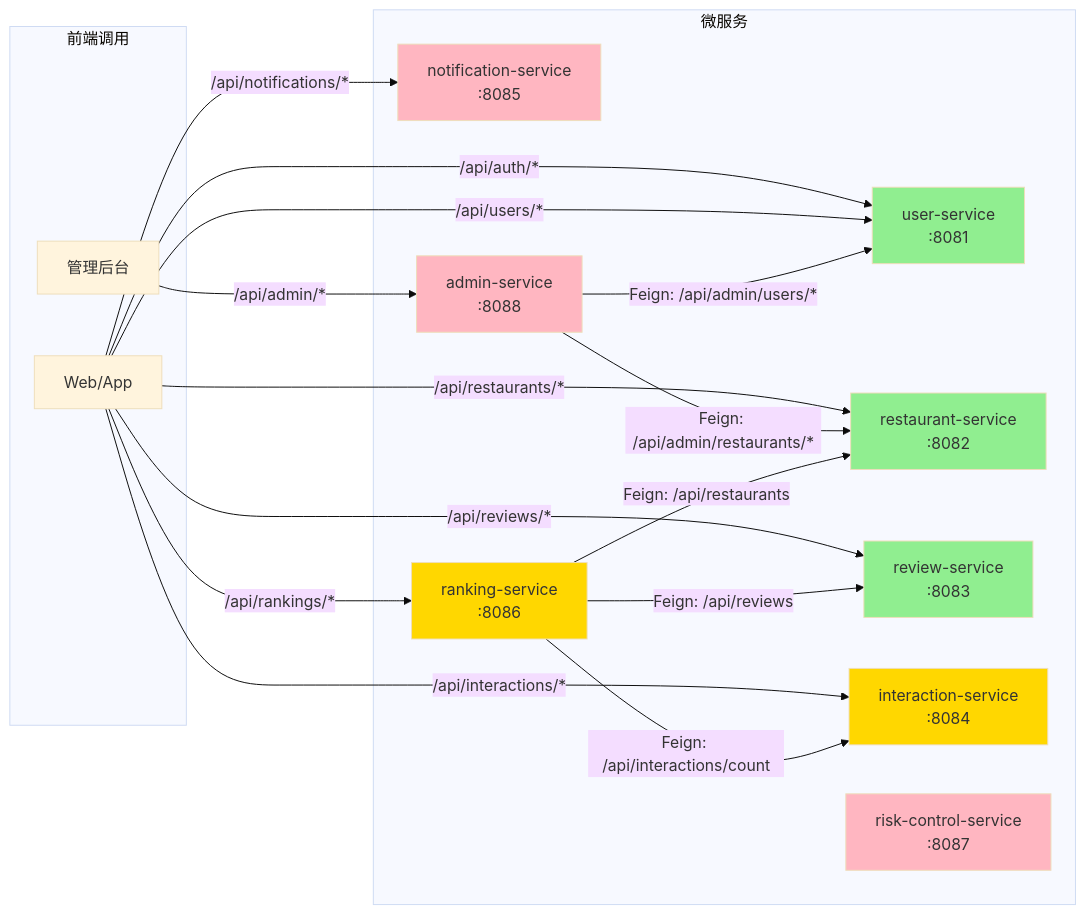
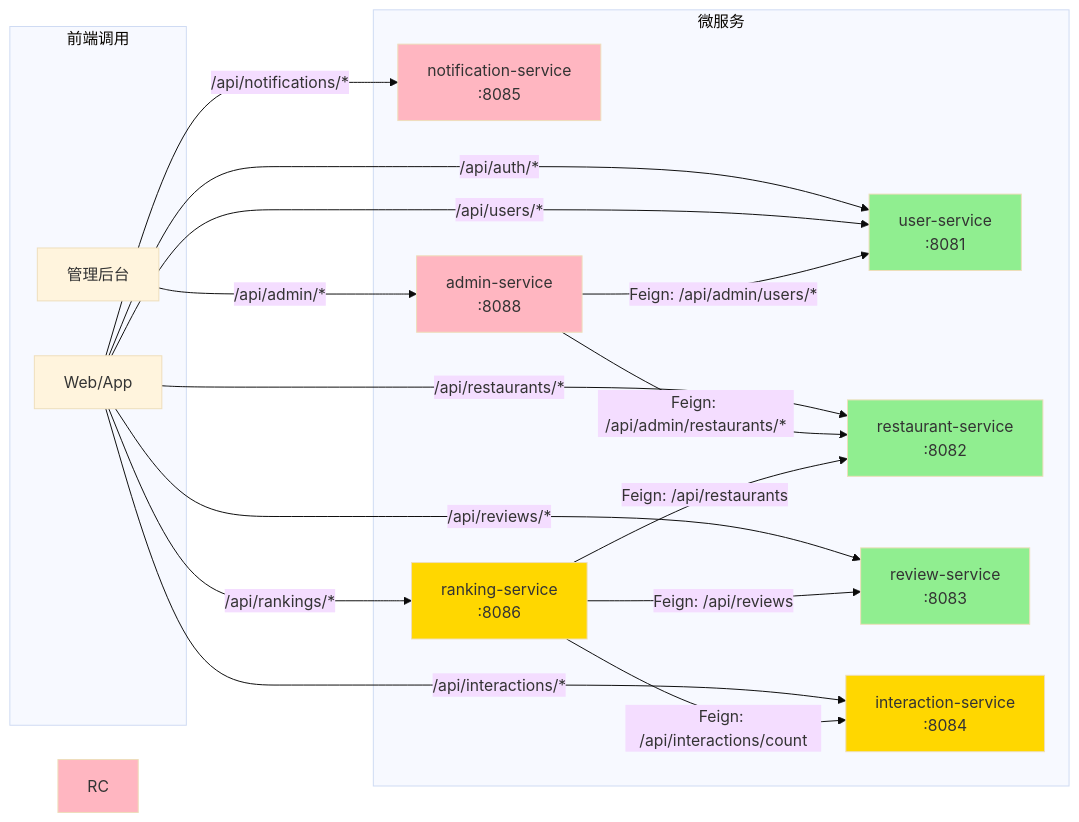
One commit to vopar-hub/campus-review changed the second of 3 diagrams in campus-review-service/docs/微服务架构分析.md. Above: the diagram before and after it, drawn with Mermaid (base theme).

Commit message:
docs: 修改 campus-review-service/docs/微服务架构分析.md

````diff
--- a/campus-review-service/docs/微服务架构分析.md
+++ b/campus-review-service/docs/微服务架构分析.md
@@ -269,43 +269,42 @@
 ```mermaid
 graph LR
     subgraph Frontend ["前端调用"]
         A[Web/App]
         B[管理后台]
     end
 
     subgraph Services ["微服务"]
         US[user-service<br/>:8081]
         RS[restaurant-service<br/>:8082]
         RV[review-service<br/>:8083]
         INT[interaction-service<br/>:8084]
         NT[notification-service<br/>:8085]
         RK[ranking-service<br/>:8086]
-        RC[risk-control-service<br/>:8087]
         ADM[admin-service<br/>:8088]
     end
 
     A -->|/api/auth/* | US
     A -->|/api/users/* | US
     A -->|/api/restaurants/* | RS
     A -->|/api/reviews/* | RV
     A -->|/api/interactions/* | INT
     A -->|/api/notifications/* | NT
     A -->|/api/rankings/* | RK
     B -->|/api/admin/* | ADM
 
     ADM -->|Feign: /api/admin/users/*| US
     ADM -->|Feign: /api/admin/restaurants/*| RS
 
     RK -->|Feign: /api/reviews| RV
     RK -->|Feign: /api/interactions/count| INT
     RK -->|Feign: /api/restaurants| RS
 
     style US fill:#90EE90
     style RS fill:#90EE90
     style RV fill:#90EE90
     style INT fill:#FFD700
     style RK fill:#FFD700
     style NT fill:#FFB6C1
     style RC fill:#FFB6C1
     style ADM fill:#FFB6C1
 ```
````
